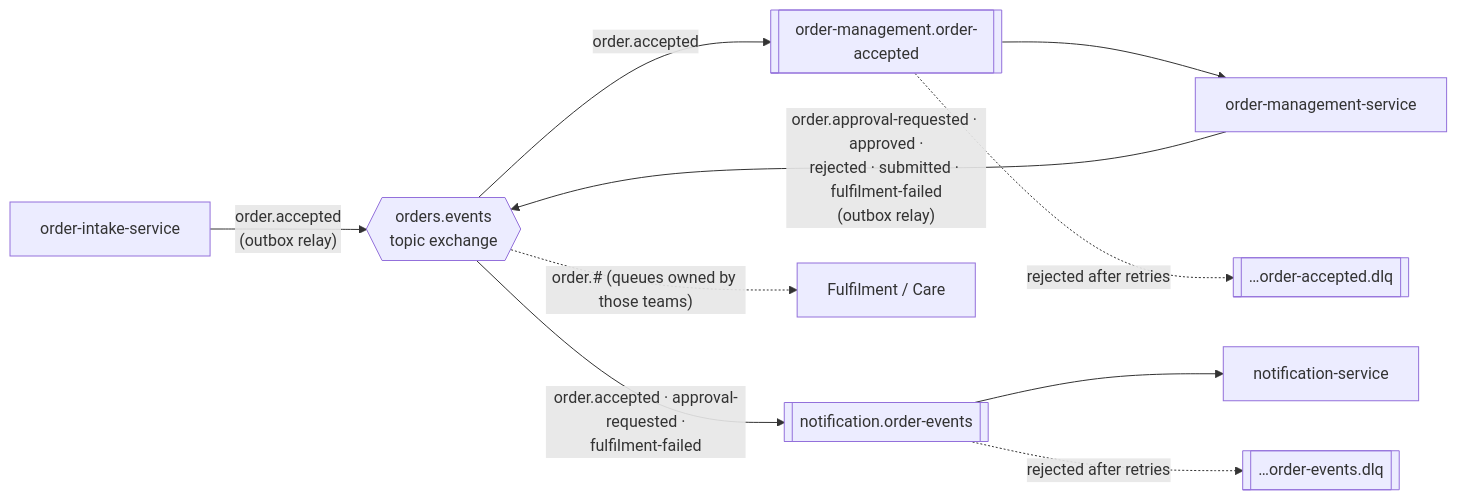
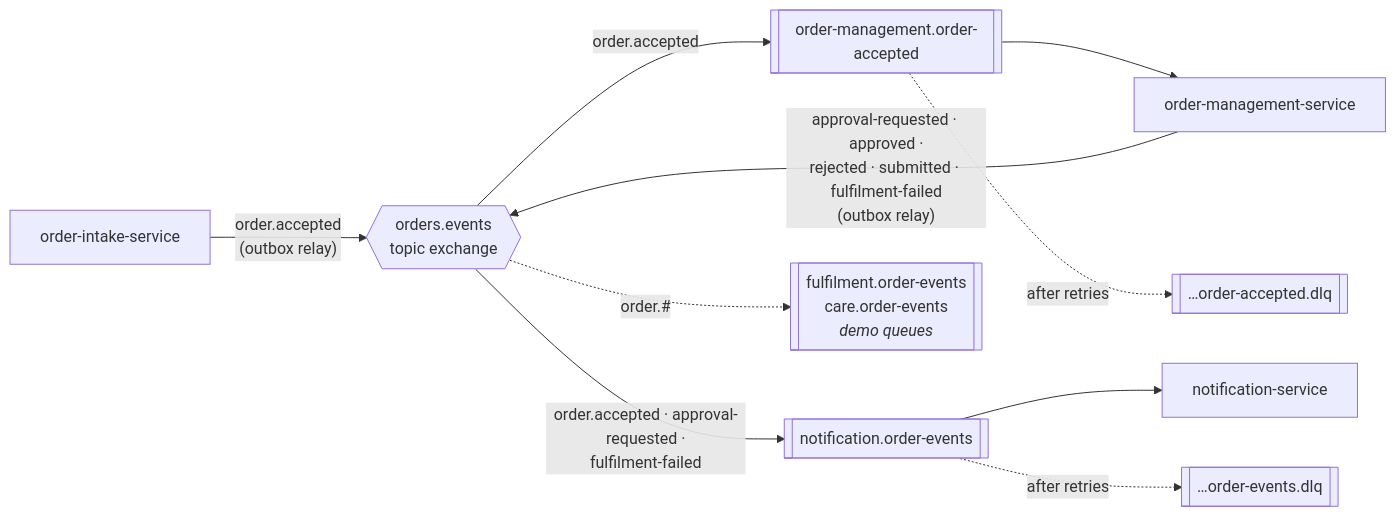
Before and after one commit to supriyathakur28/Melita: the second of 5 diagrams in docs/ARCHITECTURE.md, drawn with Mermaid. The commit also changed other lines of this file, not shown here.

First line of the commit message:
Simplify the design after an independent review (v1.1)

````diff
--- a/docs/ARCHITECTURE.md
+++ b/docs/ARCHITECTURE.md
@@ -127,12 +119,12 @@
 ```mermaid
 flowchart LR
     OI["order-intake-service"] -- "order.accepted<br/>(outbox relay)" --> EX{{"orders.events<br/>topic exchange"}}
-    OM["order-management-service"] -- "order.approval-requested · approved ·<br/>rejected · submitted · fulfilment-failed<br/>(outbox relay)" --> EX
+    OM["order-management-service"] -- "approval-requested · approved ·<br/>rejected · submitted · fulfilment-failed<br/>(outbox relay)" --> EX
 
     EX -- "order.accepted" --> Q1[["order-management.order-accepted"]] --> OM
     EX -- "order.accepted · approval-requested ·<br/>fulfilment-failed" --> Q2[["notification.order-events"]] --> NS["notification-service"]
-    EX -. "order.# (queues owned by those teams)" .-> EXT["Fulfilment / Care"]
+    EX -. "order.#" .-> Q3[["fulfilment.order-events<br/>care.order-events<br/><i>demo queues</i>"]]
 
-    Q1 -. "rejected after retries" .-> DLQ1[["…order-accepted.dlq"]]
-    Q2 -. "rejected after retries" .-> DLQ2[["…order-events.dlq"]]
+    Q1 -. "after retries" .-> DLQ1[["…order-accepted.dlq"]]
+    Q2 -. "after retries" .-> DLQ2[["…order-events.dlq"]]
 ```
````
